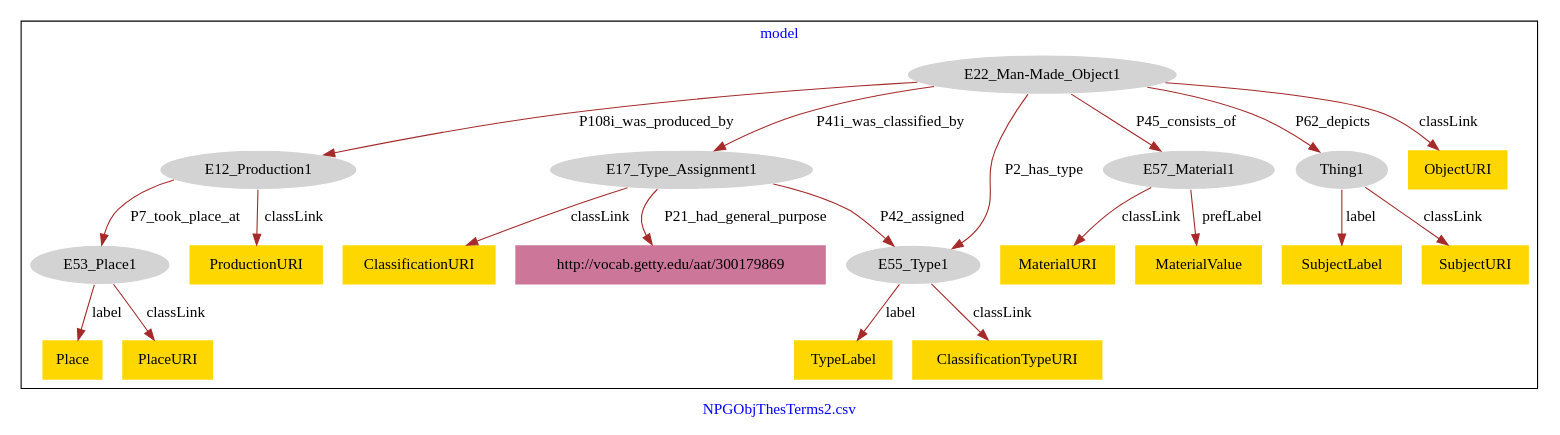
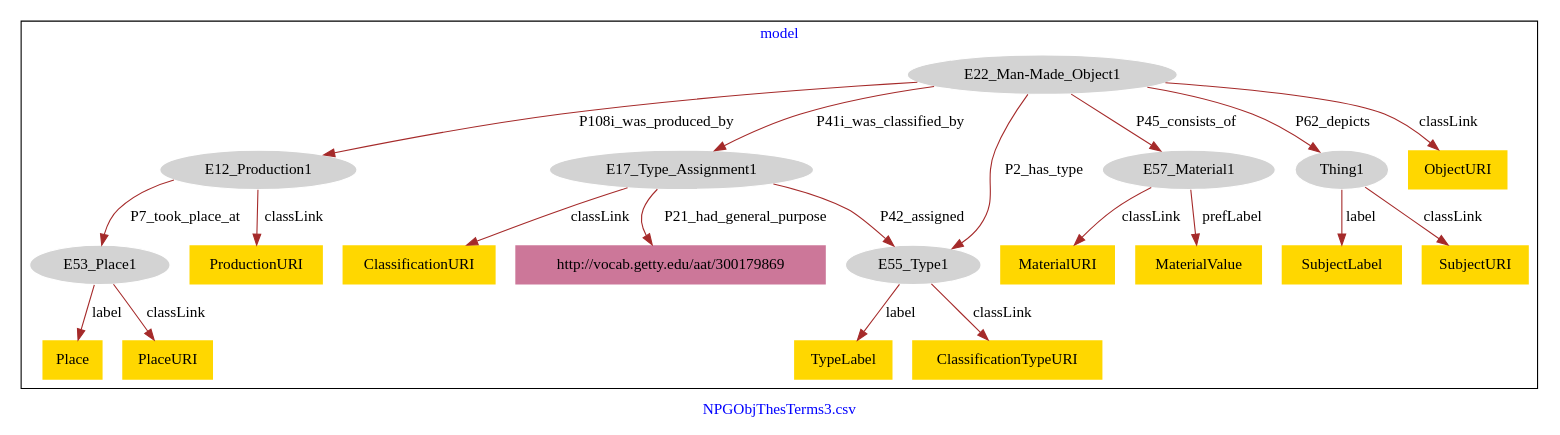
Before and after one commit to american-art/npg: the diagram in NPGObjThesTerms/NPGObjThesTerms-model.dot, drawn with Graphviz.

Commit message:
Update file NPGObjThesTerms-model.dot

```diff
--- a/NPGObjThesTerms/NPGObjThesTerms-model.dot
+++ b/NPGObjThesTerms/NPGObjThesTerms-model.dot
@@ -1,46 +1,46 @@
 digraph n0 {
 fontcolor="blue"
 remincross="true"
-label="NPGObjThesTerms2.csv"
+label="NPGObjThesTerms3.csv"
 subgraph cluster {
 label="model"
 n2[style="filled",color="white",fillcolor="lightgray",label="E12_Production1"];
 n3[style="filled",color="white",fillcolor="lightgray",label="E53_Place1"];
 n4[style="filled",color="white",fillcolor="lightgray",label="E17_Type_Assignment1"];
 n5[style="filled",color="white",fillcolor="lightgray",label="E55_Type1"];
 n6[style="filled",color="white",fillcolor="lightgray",label="E22_Man-Made_Object1"];
 n7[style="filled",color="white",fillcolor="lightgray",label="E57_Material1"];
 n8[style="filled",color="white",fillcolor="lightgray",label="Thing1"];
-n9[shape="plaintext",style="filled",fillcolor="gold",label="ObjectURI"];
-n10[shape="plaintext",style="filled",fillcolor="gold",label="MaterialURI"];
+n9[shape="plaintext",style="filled",fillcolor="gold",label="TypeLabel"];
+n10[shape="plaintext",style="filled",fillcolor="gold",label="ClassificationURI"];
 n11[shape="plaintext",style="filled",fillcolor="gold",label="Place"];
-n12[shape="plaintext",style="filled",fillcolor="gold",label="SubjectLabel"];
-n13[shape="plaintext",style="filled",fillcolor="gold",label="ProductionURI"];
-n14[shape="plaintext",style="filled",fillcolor="gold",label="PlaceURI"];
-n15[shape="plaintext",style="filled",fillcolor="gold",label="ClassificationURI"];
-n16[shape="plaintext",style="filled",fillcolor="gold",label="SubjectURI"];
-n17[shape="plaintext",style="filled",fillcolor="gold",label="MaterialValue"];
-n18[shape="plaintext",style="filled",fillcolor="gold",label="TypeLabel"];
+n12[shape="plaintext",style="filled",fillcolor="gold",label="ProductionURI"];
+n13[shape="plaintext",style="filled",fillcolor="gold",label="ObjectURI"];
+n14[shape="plaintext",style="filled",fillcolor="gold",label="MaterialURI"];
+n15[shape="plaintext",style="filled",fillcolor="gold",label="PlaceURI"];
+n16[shape="plaintext",style="filled",fillcolor="gold",label="MaterialValue"];
+n17[shape="plaintext",style="filled",fillcolor="gold",label="SubjectLabel"];
+n18[shape="plaintext",style="filled",fillcolor="gold",label="SubjectURI"];
 n19[shape="plaintext",style="filled",fillcolor="gold",label="ClassificationTypeURI"];
 n20[shape="plaintext",style="filled",fillcolor="#CC7799",label="http://vocab.getty.edu/aat/300179869"];
 }
 n2 -> n3[color="brown",fontcolor="black",label="P7_took_place_at"]
 n4 -> n5[color="brown",fontcolor="black",label="P42_assigned"]
 n6 -> n2[color="brown",fontcolor="black",label="P108i_was_produced_by"]
 n6 -> n4[color="brown",fontcolor="black",label="P41i_was_classified_by"]
 n6 -> n7[color="brown",fontcolor="black",label="P45_consists_of"]
 n6 -> n8[color="brown",fontcolor="black",label="P62_depicts"]
-n6 -> n9[color="brown",fontcolor="black",label="classLink"]
-n7 -> n10[color="brown",fontcolor="black",label="classLink"]
+n5 -> n9[color="brown",fontcolor="black",label="label"]
+n4 -> n10[color="brown",fontcolor="black",label="classLink"]
 n3 -> n11[color="brown",fontcolor="black",label="label"]
-n8 -> n12[color="brown",fontcolor="black",label="label"]
-n2 -> n13[color="brown",fontcolor="black",label="classLink"]
-n3 -> n14[color="brown",fontcolor="black",label="classLink"]
-n4 -> n15[color="brown",fontcolor="black",label="classLink"]
-n8 -> n16[color="brown",fontcolor="black",label="classLink"]
-n7 -> n17[color="brown",fontcolor="black",label="prefLabel"]
-n5 -> n18[color="brown",fontcolor="black",label="label"]
+n2 -> n12[color="brown",fontcolor="black",label="classLink"]
+n6 -> n13[color="brown",fontcolor="black",label="classLink"]
+n7 -> n14[color="brown",fontcolor="black",label="classLink"]
+n3 -> n15[color="brown",fontcolor="black",label="classLink"]
+n7 -> n16[color="brown",fontcolor="black",label="prefLabel"]
+n8 -> n17[color="brown",fontcolor="black",label="label"]
+n8 -> n18[color="brown",fontcolor="black",label="classLink"]
 n5 -> n19[color="brown",fontcolor="black",label="classLink"]
 n4 -> n20[color="brown",fontcolor="black",label="P21_had_general_purpose"]
 n6 -> n5[color="brown",fontcolor="black",label="P2_has_type"]
 }
```
